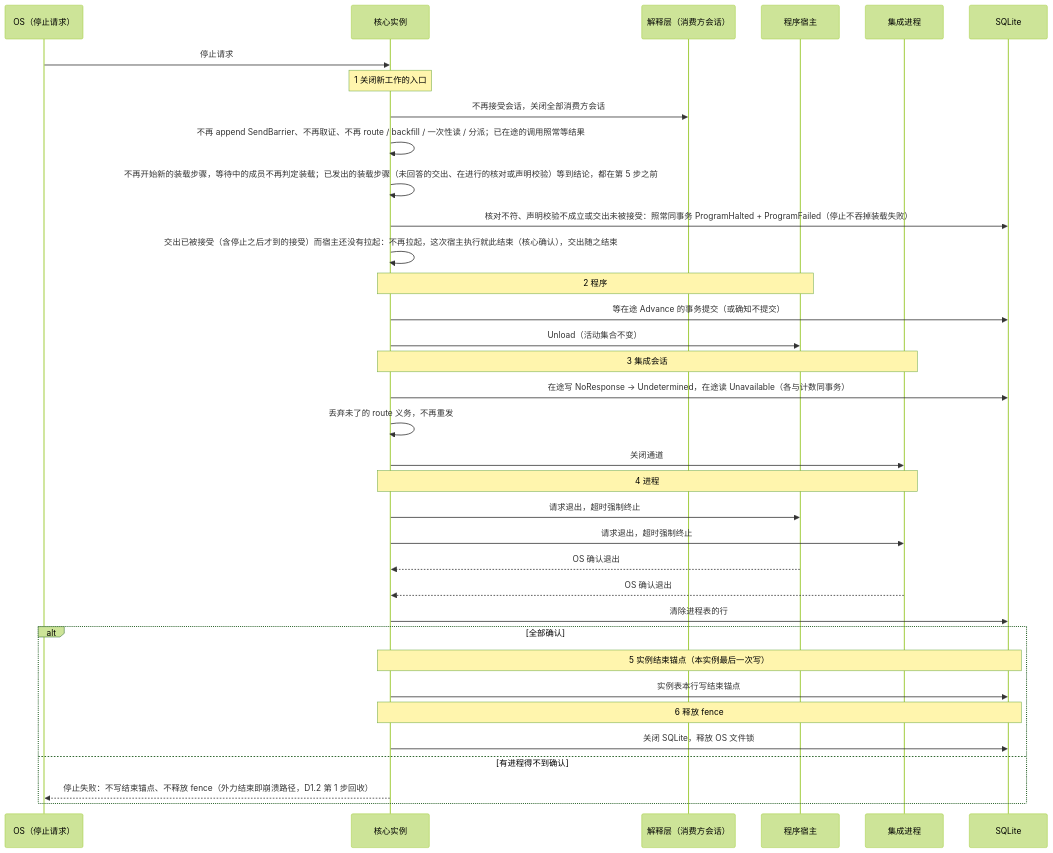
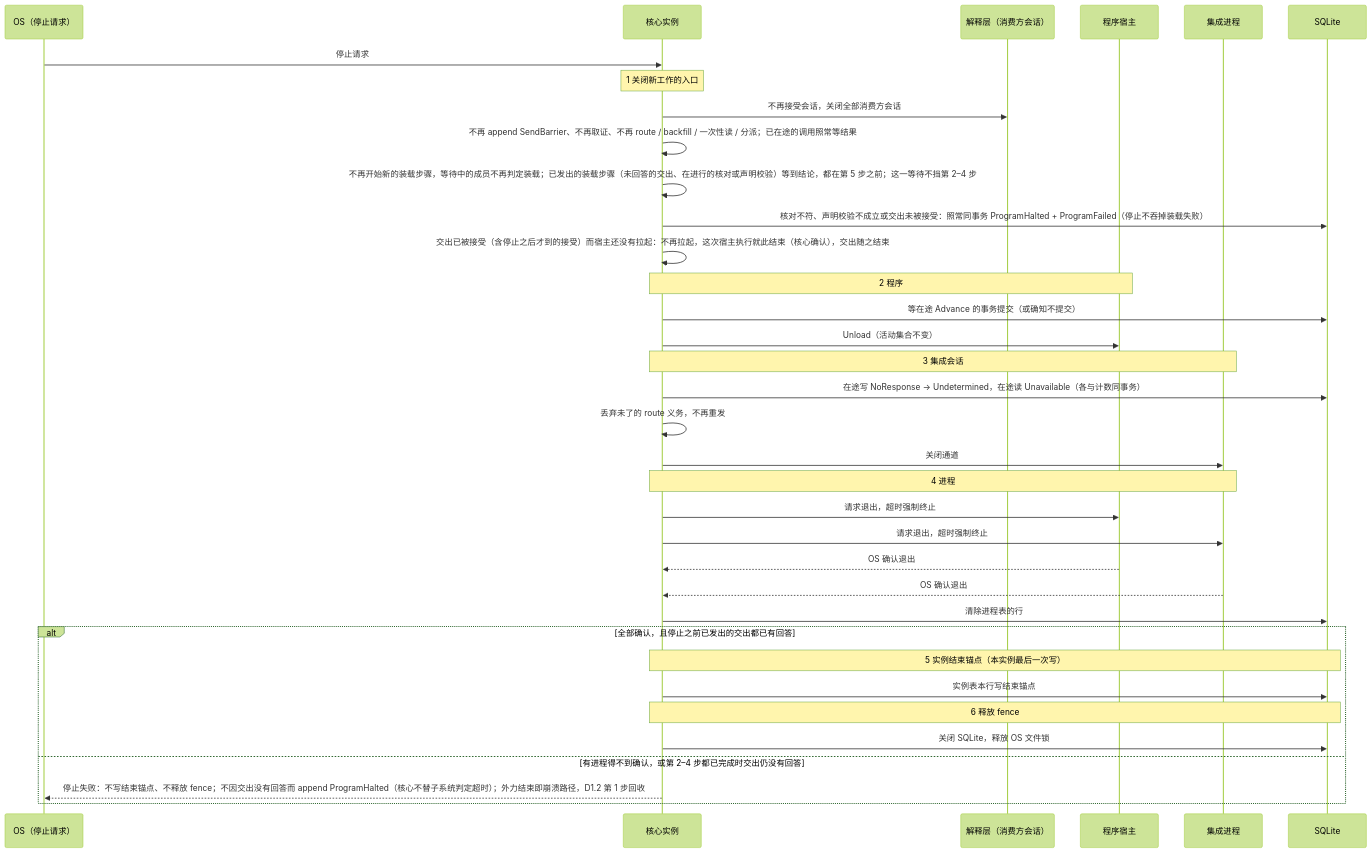
One commit to mouriya-s-lab/uta changed the sixth of 6 diagrams in design/diagrams/01-process-topology.md. Above: the diagram before and after it, drawn with Mermaid (forest theme). The commit also changed other lines of this file and 10 other files, not shown here.

````diff
--- a/design/diagrams/01-process-topology.md
+++ b/design/diagrams/01-process-topology.md
@@ -311,37 +311,37 @@
 ```mermaid
 sequenceDiagram
   participant OS as OS（停止请求）
   participant C as 核心实例
   participant L as 解释层（消费方会话）
   participant H as 程序宿主
   participant I as 集成进程
   participant DB as SQLite
   OS->>C: 停止请求
   Note over C: 1 关闭新工作的入口
   C->>L: 不再接受会话，关闭全部消费方会话
   C->>C: 不再 append SendBarrier、不再取证、不再 route / backfill / 一次性读 / 分派；已在途的调用照常等结果
-  C->>C: 不再开始新的装载步骤，等待中的成员不再判定装载；已发出的装载步骤（未回答的交出、在进行的核对或声明校验）等到结论，都在第 5 步之前
+  C->>C: 不再开始新的装载步骤，等待中的成员不再判定装载；已发出的装载步骤（未回答的交出、在进行的核对或声明校验）等到结论，都在第 5 步之前；这一等待不挡第 2–4 步
   C->>DB: 核对不符、声明校验不成立或交出未被接受：照常同事务 ProgramHalted + ProgramFailed（停止不吞掉装载失败）
   C->>C: 交出已被接受（含停止之后才到的接受）而宿主还没有拉起：不再拉起，这次宿主执行就此结束（核心确认），交出随之结束
   Note over C,H: 2 程序
   C->>DB: 等在途 Advance 的事务提交（或确知不提交）
   C->>H: Unload（活动集合不变）
   Note over C,I: 3 集成会话
   C->>DB: 在途写 NoResponse → Undetermined，在途读 Unavailable（各与计数同事务）
   C->>C: 丢弃未了的 route 义务，不再重发
   C->>I: 关闭通道
   Note over C,I: 4 进程
   C->>H: 请求退出，超时强制终止
   C->>I: 请求退出，超时强制终止
   H-->>C: OS 确认退出
   I-->>C: OS 确认退出
   C->>DB: 清除进程表的行
-  alt 全部确认
+  alt 全部确认，且停止之前已发出的交出都已有回答
     Note over C,DB: 5 实例结束锚点（本实例最后一次写）
     C->>DB: 实例表本行写结束锚点
     Note over C,DB: 6 释放 fence
     C->>DB: 关闭 SQLite，释放 OS 文件锁
-  else 有进程得不到确认
-    C-->>OS: 停止失败：不写结束锚点、不释放 fence（外力结束即崩溃路径，D1.2 第 1 步回收）
+  else 有进程得不到确认，或第 2–4 步都已完成时交出仍没有回答
+    C-->>OS: 停止失败：不写结束锚点、不释放 fence；不因交出没有回答而 append ProgramHalted（核心不替子系统判定超时）；外力结束即崩溃路径，D1.2 第 1 步回收
   end
 ```
````
